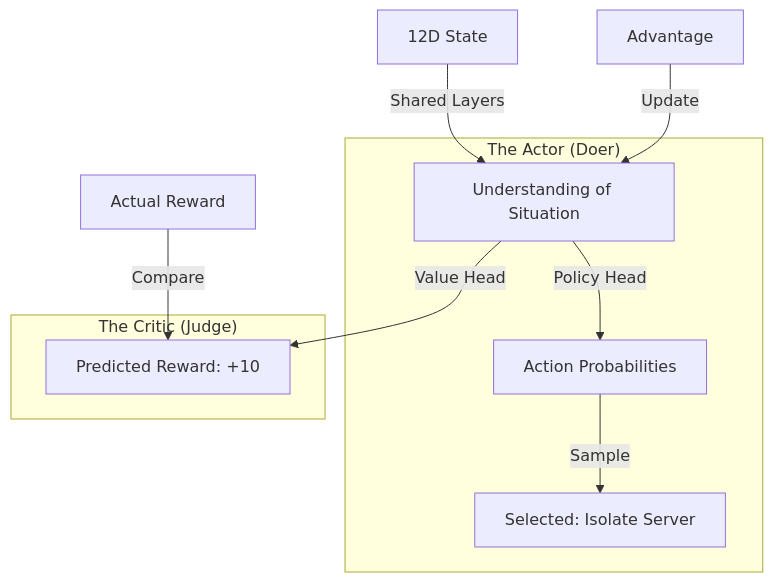
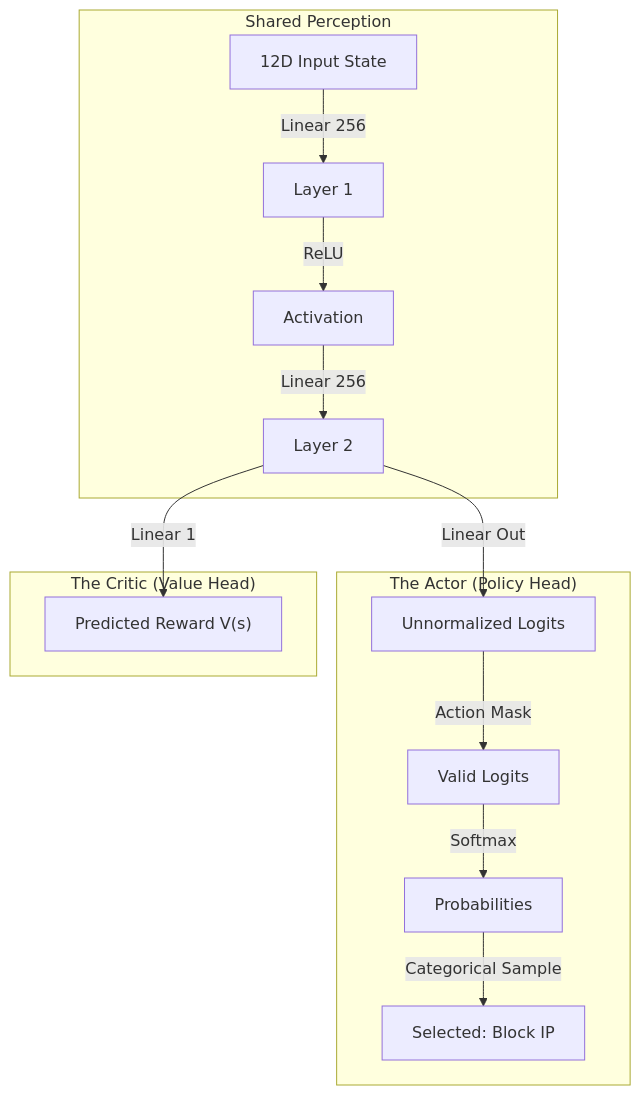
One commit to didi-09/AI_DRIVEN_SOAR changed the third of 5 diagrams in README.md. Above: the diagram before and after it, drawn with Mermaid. The commit also changed other lines of this file, not shown here.

First line of the commit message:
Revise README for technical whitepaper and architecture details

````diff
--- a/README.md
+++ b/README.md
@@ -88,16 +92,21 @@
 ```mermaid
 graph TD
-    Input["12D State"] -->|Shared Layers| Hidden["Understanding of Situation"]
+    State["12D Input State"]
 
-    subgraph "The Actor (Doer)"
-        Hidden -->|Policy Head| Logits["Action Probabilities"]
-        Logits -->|Sample| Action["Selected: Isolate Server"]
+    subgraph "Shared Perception"
+        State -->|Linear 256| L1["Layer 1"]
+        L1 -->|ReLU| A1["Activation"]
+        A1 -->|Linear 256| L2["Layer 2"]
     end
 
-    subgraph "The Critic (Judge)"
-        Hidden -->|Value Head| Value["Predicted Reward: +10"]
+    subgraph "The Actor (Policy Head)"
+        L2 -->|Linear Out| Logits["Unnormalized Logits"]
+        Logits -->|Action Mask| Masked["Valid Logits"]
+        Masked -->|Softmax| Prob["Probabilities"]
+        Prob -->|Categorical Sample| Action["Selected: Block IP"]
     end
 
-    Reward["Actual Reward"] -->|Compare| Value
-    Result["Advantage"] -->|Update| Hidden
+    subgraph "The Critic (Value Head)"
+        L2 -->|Linear 1| Value["Predicted Reward V(s)"]
+    end
 ```
````
